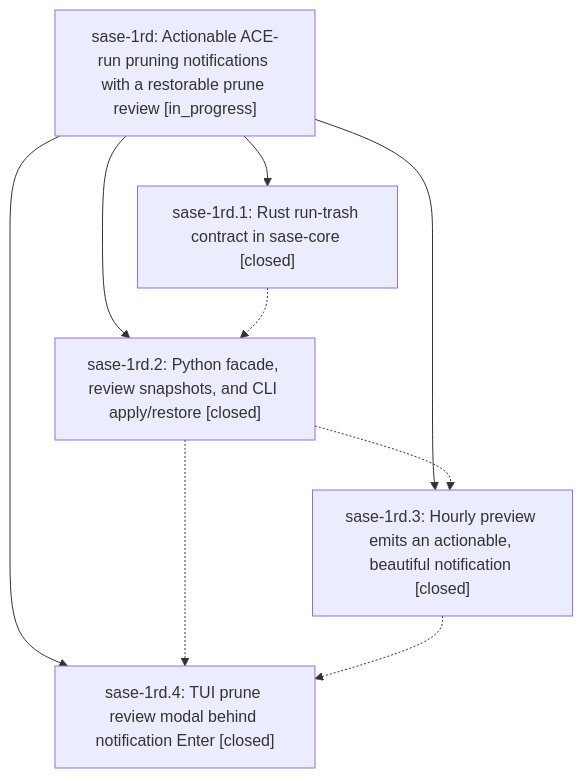
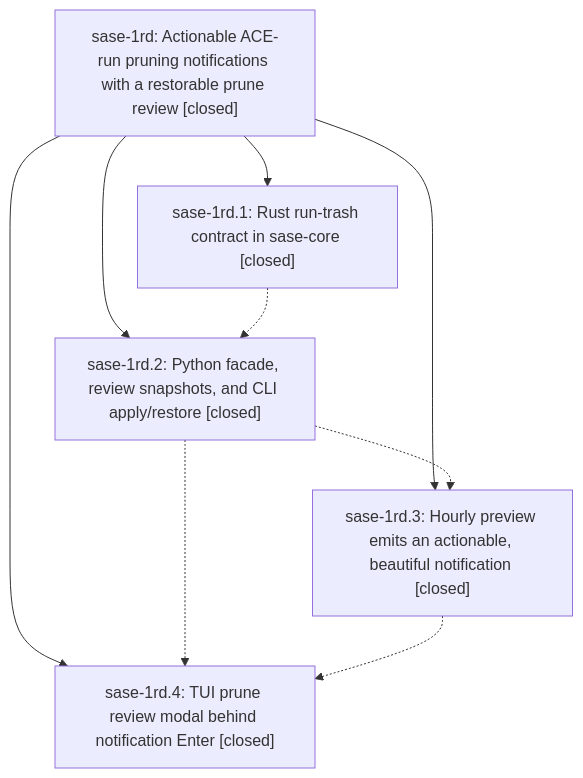
Before and after one commit to sase-org/sase--beads: the diagram in pages/sase-1rd/README.md, drawn with Mermaid. The commit also changed other lines of this file and 4 other files, not shown here.

````diff
--- a/pages/sase-1rd/README.md
+++ b/pages/sase-1rd/README.md
@@ -47,16 +53,16 @@
 ```mermaid
 flowchart TD
-    n0["sase-1rd: Actionable ACE-run pruning notifications with a restorable prune review [in_progress]"]
+    n0["sase-1rd: Actionable ACE-run pruning notifications with a restorable prune review [closed]"]
     n1["sase-1rd.1: Rust run-trash contract in sase-core [closed]"]
     n2["sase-1rd.2: Python facade, review snapshots, and CLI apply/restore [closed]"]
     n3["sase-1rd.3: Hourly preview emits an actionable, beautiful notification [closed]"]
     n4["sase-1rd.4: TUI prune review modal behind notification Enter [closed]"]
     n0 --> n1
     n0 --> n2
     n0 --> n3
     n0 --> n4
     n1 -.-> n2
     n2 -.-> n3
     n2 -.-> n4
     n3 -.-> n4
 ```
````
